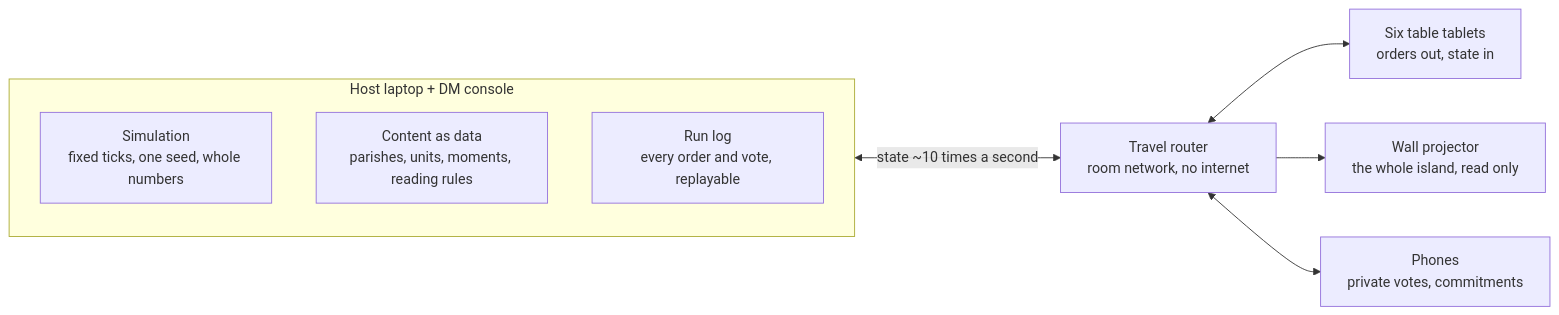
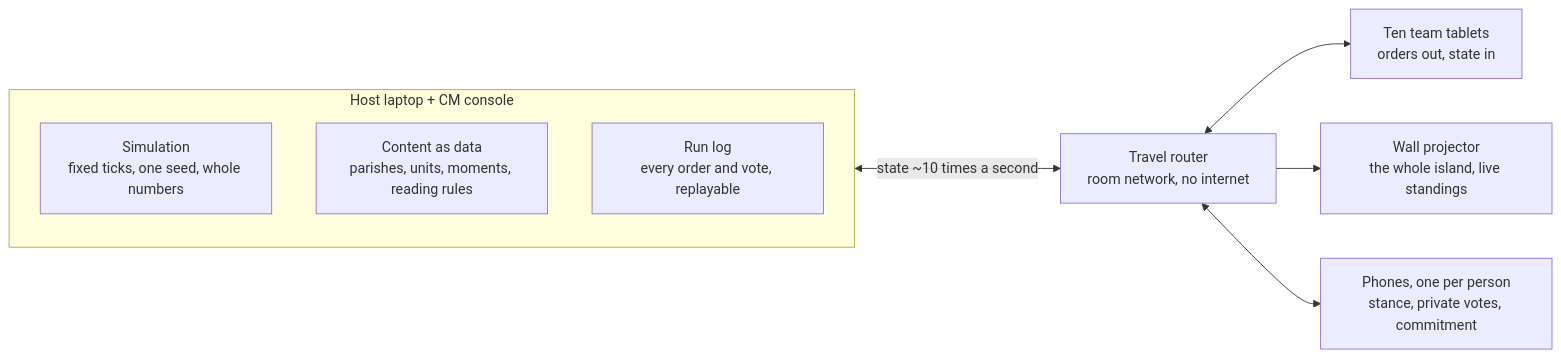
The second of 2 diagrams in CrucibleDocumentInventory/design-2026-10-21-rts-godot.md (Jerrymwolf/CrucibleEngine), drawn with Mermaid before and after one commit. The commit also changed other lines of this file, not shown here.

First line of the commit message:
Design: revise the RTS design for the flow and teams decision

````diff
--- a/CrucibleDocumentInventory/design-2026-10-21-rts-godot.md
+++ b/CrucibleDocumentInventory/design-2026-10-21-rts-godot.md
@@ -254,12 +338,12 @@
 ```mermaid
 flowchart LR
-  subgraph H[Host laptop + DM console]
+  subgraph H[Host laptop + CM console]
     S[Simulation<br/>fixed ticks, one seed, whole numbers]
     K[Content as data<br/>parishes, units, moments, reading rules]
     L[Run log<br/>every order and vote, replayable]
   end
   H <-->|state ~10 times a second| R[Travel router<br/>room network, no internet]
-  R <--> T[Six table tablets<br/>orders out, state in]
-  R --> W[Wall projector<br/>the whole island, read only]
-  R <--> Ph[Phones<br/>private votes, commitments]
+  R <--> T[Ten team tablets<br/>orders out, state in]
+  R --> W[Wall projector<br/>the whole island, live standings]
+  R <--> Ph[Phones, one per person<br/>stance, private votes, commitment]
 ```
````
